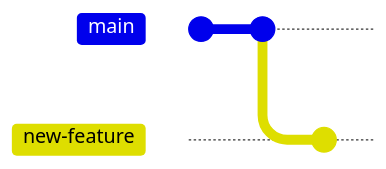
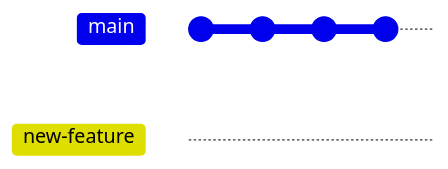
The first of 5 diagrams in README.md (unopiaofrol/MLOps), drawn with Mermaid before and after one commit. The commit also changed other lines of this file and 2 other files, not shown here. Commit ids are hidden.

Commit message:
improver mermaid diagrams

````diff
--- a/README.md
+++ b/README.md
@@ -117,8 +105,9 @@
 ```mermaid
 gitGraph
-    commit
-    commit
-    branch new-feature
-    checkout new-feature
-    commit
+   commit
+   commit
+   commit
+   commit
+   branch new-feature
+   checkout new-feature
 ```
````
